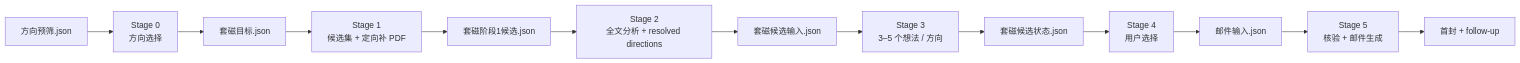
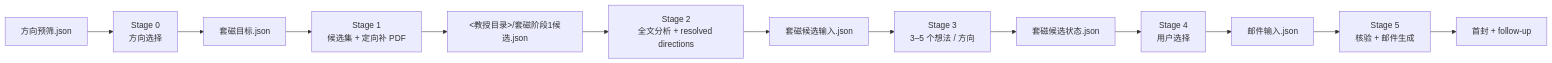
The diagram in README.md (ScholarWorkflow/professor-contact), drawn with Mermaid before and after one commit. The commit also changed other lines of this file and 20 other files, not shown here.

````diff
--- a/README.md
+++ b/README.md
@@ -9,18 +9,18 @@
 ```mermaid
 flowchart LR
     PRE["方向预筛.json"]
     S0["Stage 0<br/>方向选择"]
     T["套磁目标.json"]
     S1["Stage 1<br/>候选集 + 定向补 PDF"]
-    C["套磁阶段1候选.json"]
+    C["<教授目录>/套磁阶段1候选.json"]
     S2["Stage 2<br/>全文分析 + resolved directions"]
     I["套磁候选输入.json"]
     S3["Stage 3<br/>3–5 个想法 / 方向"]
     ST["套磁候选状态.json"]
     S4["Stage 4<br/>用户选择"]
     M["邮件输入.json"]
     S5["Stage 5<br/>核验 + 邮件生成"]
     O["首封 + follow-up"]
 
     PRE --> S0 --> T --> S1 --> C --> S2 --> I --> S3 --> ST --> S4 --> M --> S5 --> O
 ```
````
